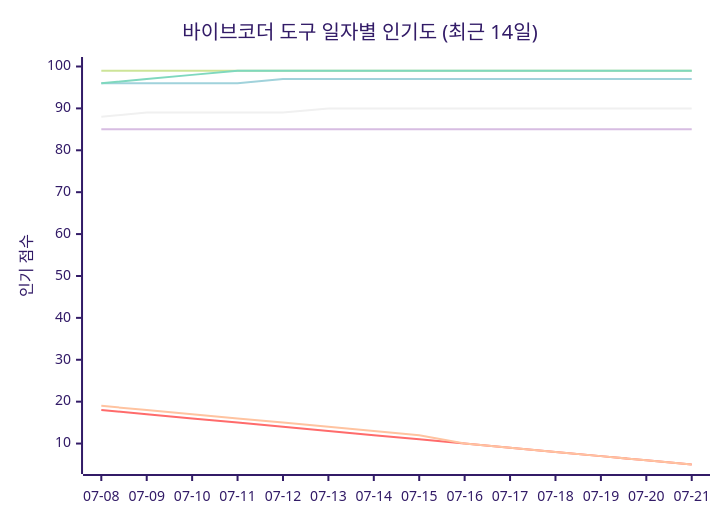
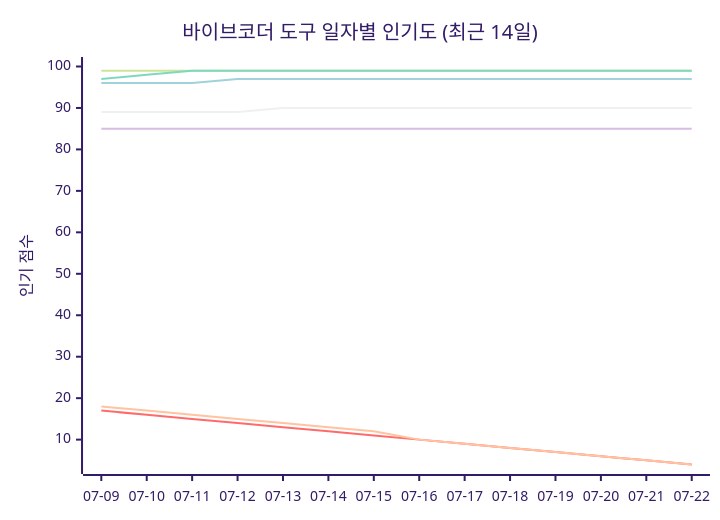
One commit to tykimos/ai-whatchelin changed the seventh of 11 diagrams in README_ko.md. Above: the diagram before and after it, drawn with Mermaid (forest theme). The commit also changed other lines of this file and 4 other files, not shown here.

````diff
--- a/README_ko.md
+++ b/README_ko.md
@@ -2006,13 +2012,13 @@
 ```mermaid
 xychart-beta
     title "바이브코더 도구 일자별 인기도 (최근 14일)"
-    x-axis ["07-08", "07-09", "07-10", "07-11", "07-12", "07-13", "07-14", "07-15", "07-16", "07-17", "07-18", "07-19", "07-20", "07-21"]
-    y-axis "인기 점수" 5 --> 100
+    x-axis ["07-09", "07-10", "07-11", "07-12", "07-13", "07-14", "07-15", "07-16", "07-17", "07-18", "07-19", "07-20", "07-21", "07-22"]
+    y-axis "인기 점수" 4 --> 100
     line "Claude Code" [99, 99, 99, 99, 99, 99, 99, 99, 99, 99, 99, 99, 99, 99]
-    line "GH Copilot" [18, 17, 16, 15, 14, 13, 12, 11, 10, 9, 8, 7, 6, 5]
-    line "Cursor" [96, 96, 96, 96, 97, 97, 97, 97, 97, 97, 97, 97, 97, 97]
+    line "GH Copilot" [17, 16, 15, 14, 13, 12, 11, 10, 9, 8, 7, 6, 5, 4]
+    line "Cursor" [96, 96, 96, 97, 97, 97, 97, 97, 97, 97, 97, 97, 97, 97]
     line "Windsurf" [85, 85, 85, 85, 85, 85, 85, 85, 85, 85, 85, 85, 85, 85]
-    line "Codex CLI" [88, 89, 89, 89, 89, 90, 90, 90, 90, 90, 90, 90, 90, 90]
-    line "Gemini CLI" [19, 18, 17, 16, 15, 14, 13, 12, 10, 9, 8, 7, 6, 5]
-    line "Antigravity" [96, 97, 98, 99, 99, 99, 99, 99, 99, 99, 99, 99, 99, 99]
+    line "Codex CLI" [89, 89, 89, 89, 90, 90, 90, 90, 90, 90, 90, 90, 90, 90]
+    line "Gemini CLI" [18, 17, 16, 15, 14, 13, 12, 10, 9, 8, 7, 6, 5, 4]
+    line "Antigravity" [97, 98, 99, 99, 99, 99, 99, 99, 99, 99, 99, 99, 99, 99]
 ```
````
